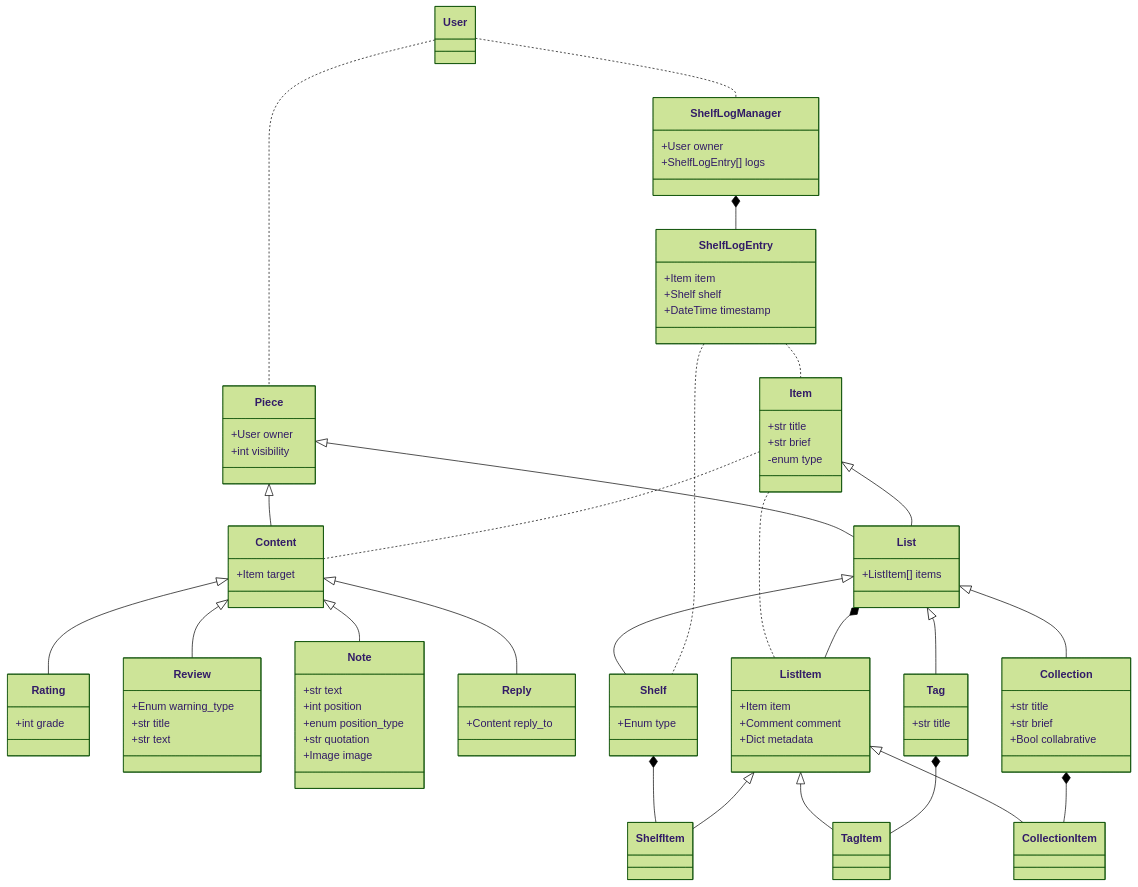
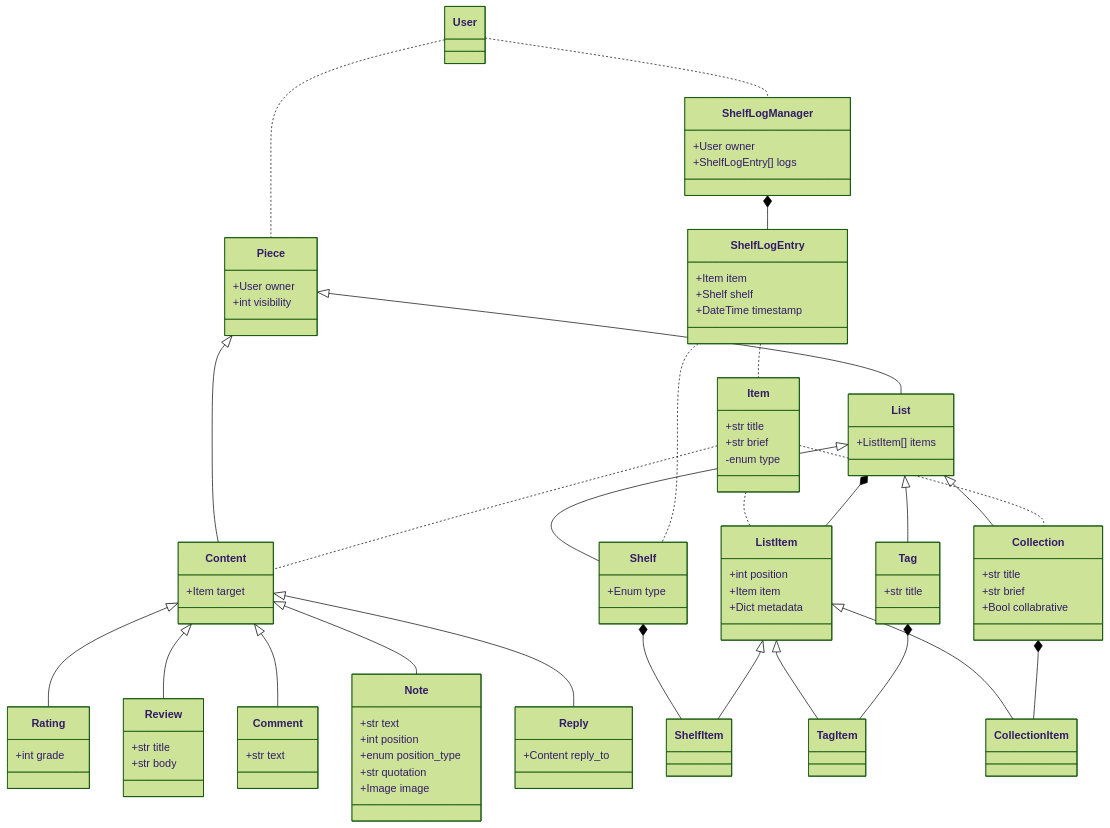
Before and after one commit to doubaniux/boofilsic: the diagram in doc/journal.md, drawn with Mermaid (forest theme). The commit also changed 4 other files, not shown here.

```diff
--- a/doc/journal.md
+++ b/doc/journal.md
@@ -23,53 +23,55 @@
 class Content {
     +Item target
 }
-Content <|-- Rating 
+Content <|-- Rating
 class Rating {
     +int grade
 }
-Content <|-- Review 
+Content <|-- Review
 class Review {
-    +Enum warning_type
     +str title
+    +str body
+}
+Content <|-- Comment
+class Comment {
     +str text
 }
-
 Content <|-- Note
 class Note {
     +str text
     +int position
     +enum position_type
     +str quotation
-    +Image image 
-    
+    +Image image
+
 }
 Content <|-- Reply
 class Reply {
     +Content reply_to
 }
 Piece <|-- List
-Item <|-- List
 class List{
     +ListItem[] items
 }
 Item .. ListItem
 List *-- ListItem
 class ListItem {
+    +int position
     +Item item
-    +Comment comment
     +Dict metadata
 }
-List <|-- Collection 
+List <|-- Collection
+Item .. Collection
 class Collection {
     +str title
     +str brief
     +Bool collabrative
 }
-List <|-- Tag 
+List <|-- Tag
 class Tag {
     +str title
 }
-List <|-- Shelf 
+List <|-- Shelf
 class Shelf {
     +Enum type
 }
```
